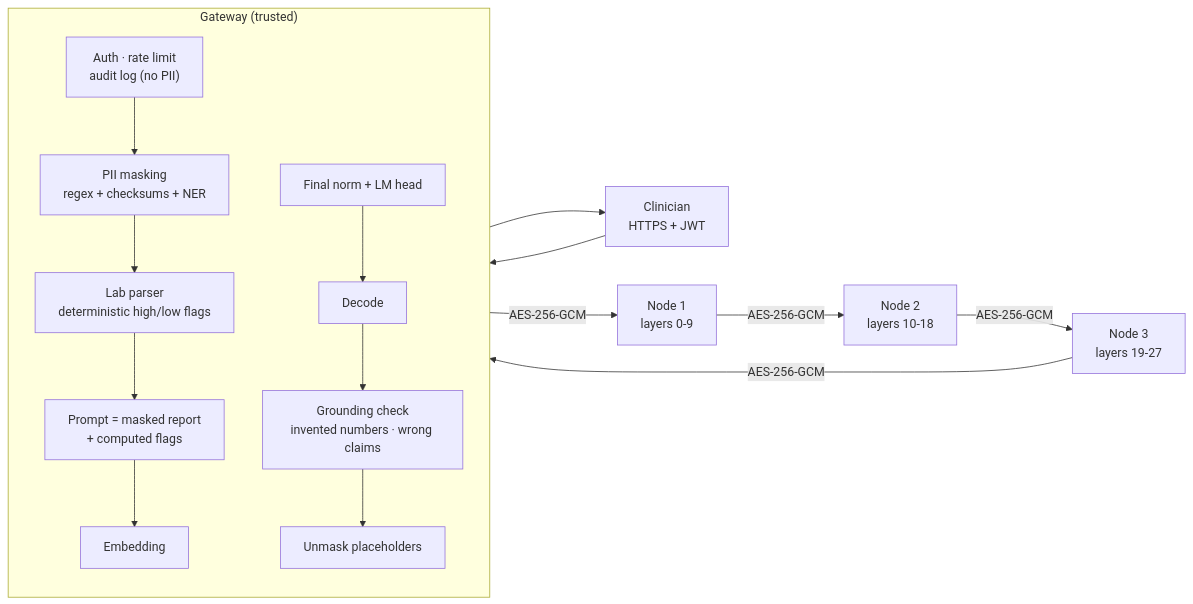
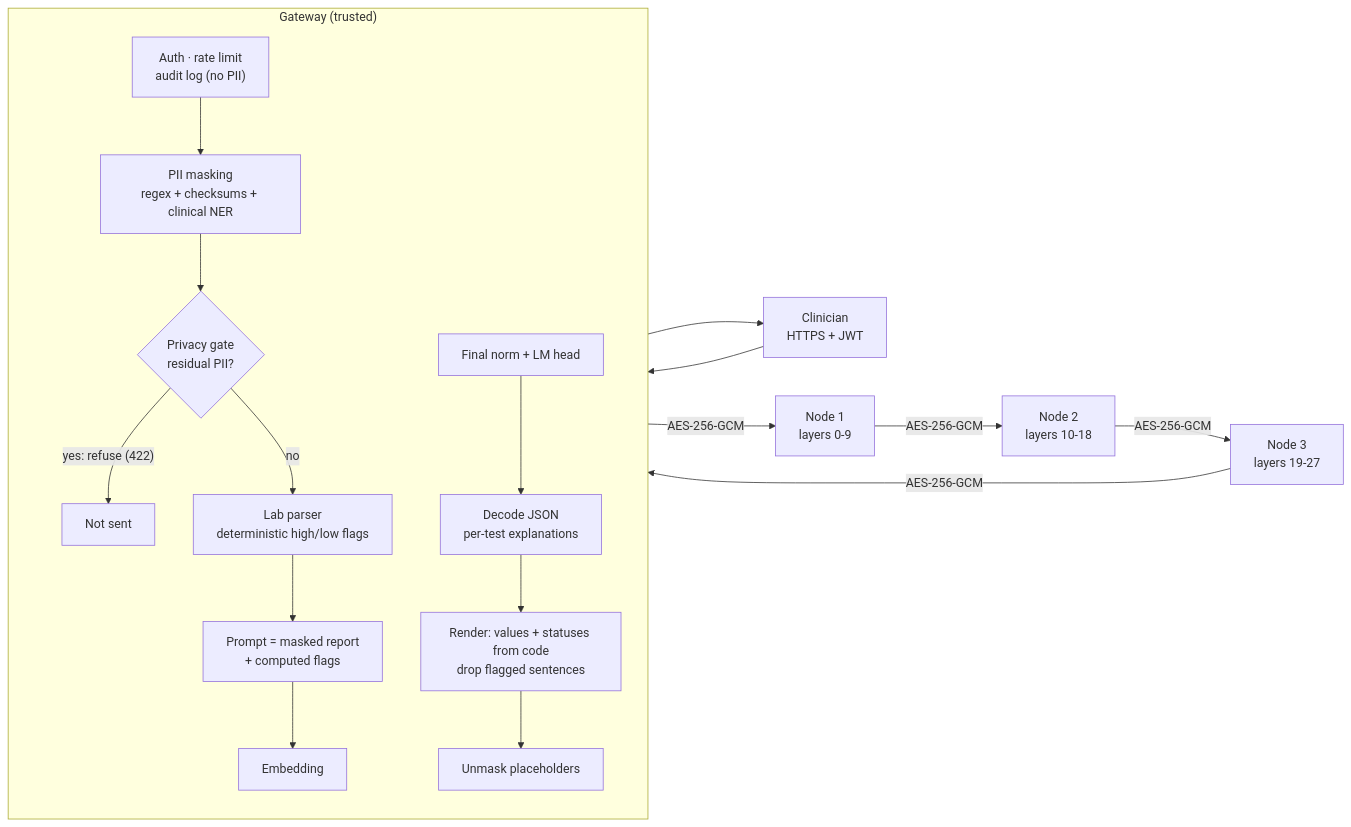
Before and after one commit to yagmurtncr/secure-clinical-llm: the diagram in README.md, drawn with Mermaid. The commit also changed other lines of this file and 2 other files, not shown here.

Commit message:
README: held-out PII leakage with fine-tuned NER and gate, structured answers, noise privacy-utility curve

````diff
--- a/README.md
+++ b/README.md
@@ -19,19 +19,21 @@
 ```mermaid
 flowchart LR
     U["Clinician<br/>HTTPS + JWT"] --> A
     subgraph GW["Gateway (trusted)"]
         direction TB
-        A["Auth · rate limit<br/>audit log (no PII)"] --> M["PII masking<br/>regex + checksums + NER"]
-        M --> L["Lab parser<br/>deterministic high/low flags"]
+        A["Auth · rate limit<br/>audit log (no PII)"] --> M["PII masking<br/>regex + checksums + clinical NER"]
+        M --> Q{"Privacy gate<br/>residual PII?"}
+        Q -- "yes: refuse (422)" --> X["Not sent"]
+        Q -- "no" --> L["Lab parser<br/>deterministic high/low flags"]
         L --> P["Prompt = masked report<br/>+ computed flags"]
         P --> E["Embedding"]
-        H["Final norm + LM head"] --> D["Decode"]
-        D --> G["Grounding check<br/>invented numbers · wrong claims"]
+        H["Final norm + LM head"] --> D["Decode JSON<br/>per-test explanations"]
+        D --> G["Render: values + statuses from code<br/>drop flagged sentences"]
         G --> R["Unmask placeholders"]
     end
     E -- "AES-256-GCM" --> N1["Node 1<br/>layers 0-9"]
     N1 -- "AES-256-GCM" --> N2["Node 2<br/>layers 10-18"]
     N2 -- "AES-256-GCM" --> N3["Node 3<br/>layers 19-27"]
     N3 -- "AES-256-GCM" --> H
     R --> U
 ```
````
